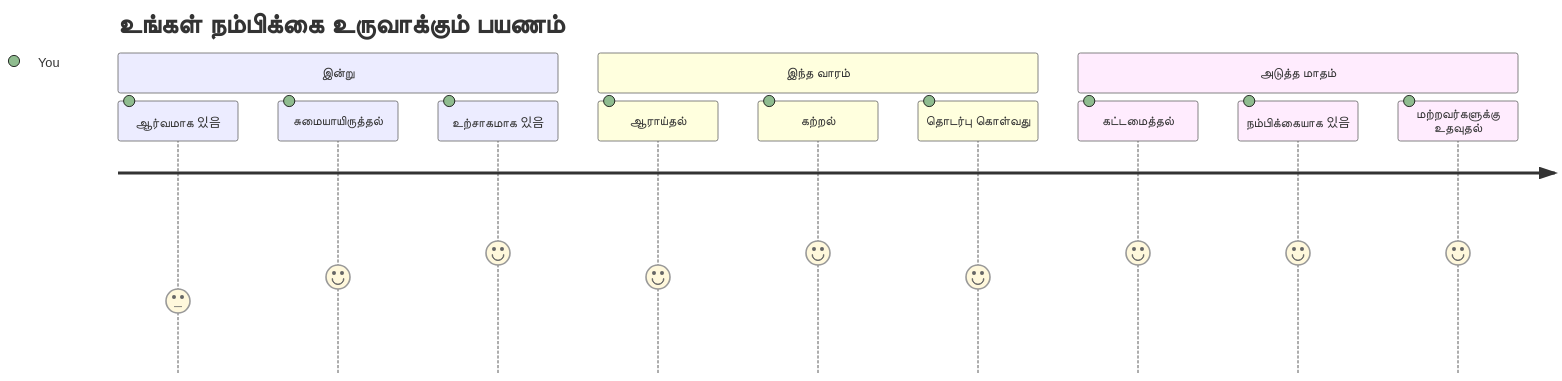
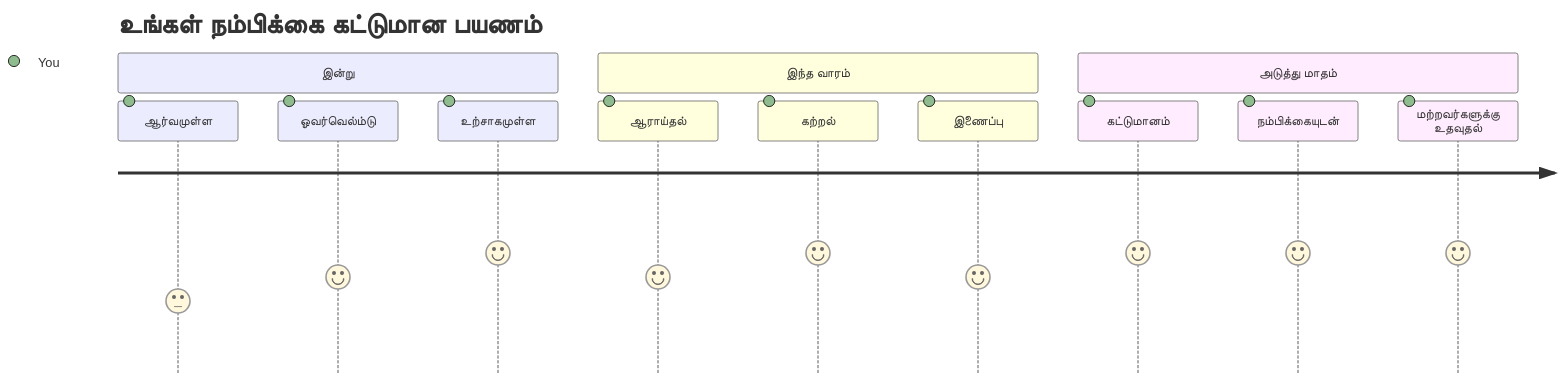
The seventh of 7 diagrams in translations/ta/1-getting-started-lessons/1-intro-to-programming-languages/README.md (microsoft/Web-Dev-For-Beginners), drawn with Mermaid before and after one commit. The commit also changed other lines of this file and 8 other files, not shown here.

````diff
--- a/translations/ta/1-getting-started-lessons/1-intro-to-programming-languages/README.md
+++ b/translations/ta/1-getting-started-lessons/1-intro-to-programming-languages/README.md
@@ -824,16 +833,16 @@
 ```mermaid
 journey
-    title உங்கள் நம்பிக்கை உருவாக்கும் பயணம்
+    title உங்கள் நம்பிக்கை கட்டுமான பயணம்
     section இன்று
-      ஆர்வமாக 있음: 3: You
-      சுமையாயிருத்தல்: 4: You
-      உற்சாகமாக 있음: 5: You
+      ஆர்வமுள்ள: 3: You
+      ஓவர்வெல்ம்டு: 4: You
+      உற்சாகமுள்ள: 5: You
     section இந்த வாரம்
       ஆராய்தல்: 4: You
       கற்றல்: 5: You
-      தொடர்பு கொள்வது: 4: You
-    section அடுத்த மாதம்
-      கட்டமைத்தல்: 5: You
-      நம்பிக்கையாக 있음: 5: You
+      இணைப்பு: 4: You
+    section அடுத்து மாதம்
+      கட்டுமானம்: 5: You
+      நம்பிக்கையுடன்: 5: You
       மற்றவர்களுக்கு உதவுதல்: 5: You
 ```
````
